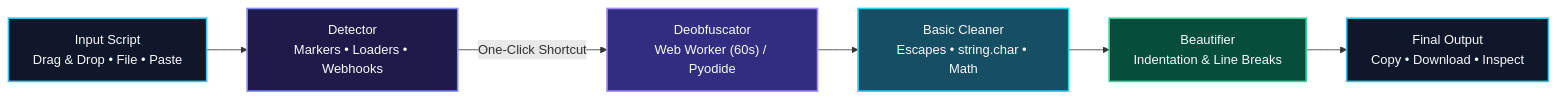
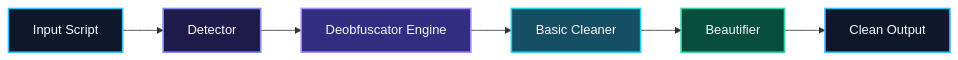
One commit to MANASMCPE/MONKz-DEOBF changed the diagram in README.md. Above: the diagram before and after it, drawn with Mermaid. The commit also changed other lines of this file, not shown here.

````diff
--- a/README.md
+++ b/README.md
@@ -41,15 +32,15 @@
 ```mermaid
 flowchart LR
-    A["Input Script<br/>Drag & Drop • File • Paste"] --> B["Detector<br/>Markers • Loaders • Webhooks"]
-    B -->|One-Click Shortcut| C["Deobfuscator<br/>Web Worker (60s) / Pyodide"]
-    C --> D["Basic Cleaner<br/>Escapes • string.char • Math"]
-    D --> E["Beautifier<br/>Indentation & Line Breaks"]
-    E --> F["Final Output<br/>Copy • Download • Inspect"]
+    A[Input Script] --> B[Detector]
+    B --> C[Deobfuscator Engine]
+    C --> D[Basic Cleaner]
+    D --> E[Beautifier]
+    E --> F[Clean Output]
 
     style A fill:#0f172a,stroke:#38bdf8,stroke-width:2px,color:#f8fafc
     style B fill:#1e1b4b,stroke:#818cf8,stroke-width:2px,color:#f8fafc
     style C fill:#312e81,stroke:#a78bfa,stroke-width:2px,color:#f8fafc
     style D fill:#164e63,stroke:#22d3ee,stroke-width:2px,color:#f8fafc
     style E fill:#064e3b,stroke:#34d399,stroke-width:2px,color:#f8fafc
     style F fill:#0f172a,stroke:#38bdf8,stroke-width:2px,color:#f8fafc
 ```
````
